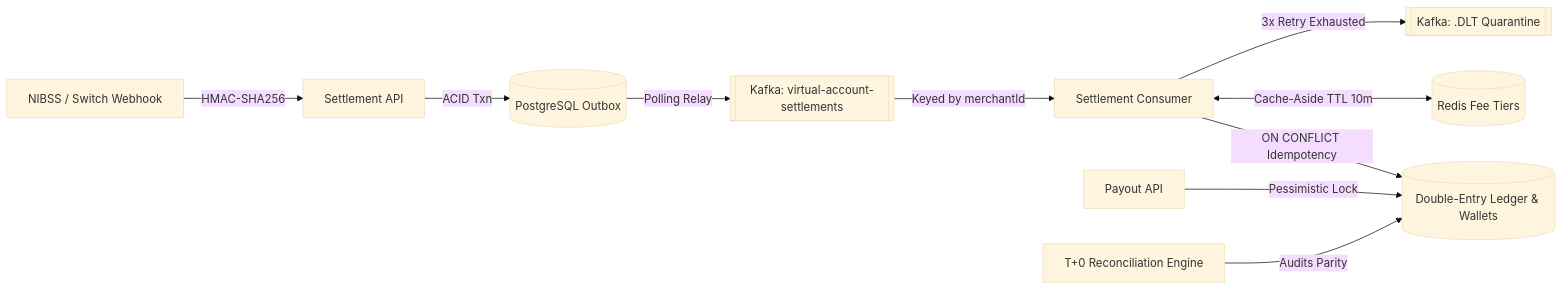
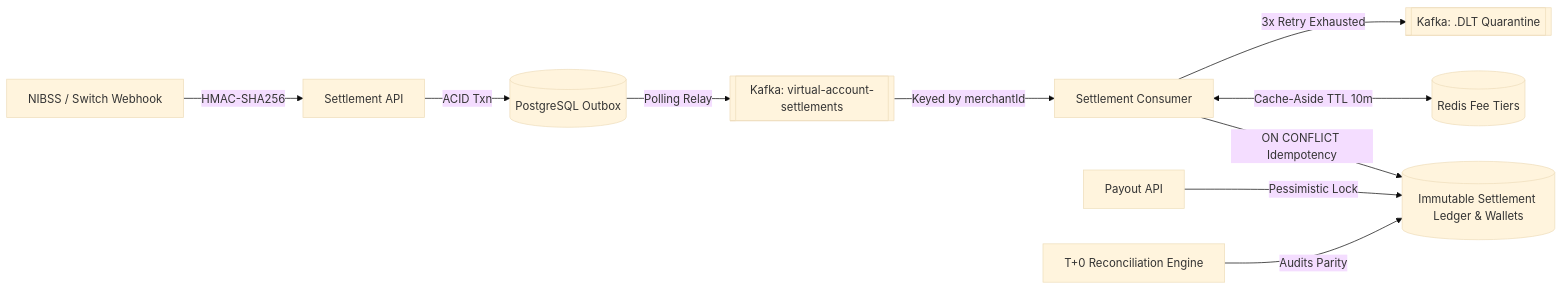
The diagram in README.md (mechwane/fintech-settlement-engine), drawn with Mermaid (base theme) before and after one commit. The commit also changed other lines of this file and 16 other files, not shown here.

````diff
--- a/README.md
+++ b/README.md
@@ -9,12 +9,12 @@
 ```mermaid
 flowchart LR
     Webhook[NIBSS / Switch Webhook] -->|HMAC-SHA256| API[Settlement API]
     API -->|ACID Txn| Outbox[(PostgreSQL Outbox)]
     Outbox -->|Polling Relay| Kafka[[Kafka: virtual-account-settlements]]
     Kafka -->|Keyed by merchantId| Consumer[Settlement Consumer]
     Consumer <-->|Cache-Aside TTL 10m| Redis[(Redis Fee Tiers)]
-    Consumer -->|ON CONFLICT Idempotency| Ledger[(Double-Entry Ledger & Wallets)]
+    Consumer -->|ON CONFLICT Idempotency| Ledger[(Immutable Settlement Ledger & Wallets)]
     Consumer -->|3x Retry Exhausted| DLT[[Kafka: .DLT Quarantine]]
     PayoutAPI[Payout API] -->|Pessimistic Lock| Ledger
     Recon[T+0 Reconciliation Engine] -->|Audits Parity| Ledger
 ```
````
